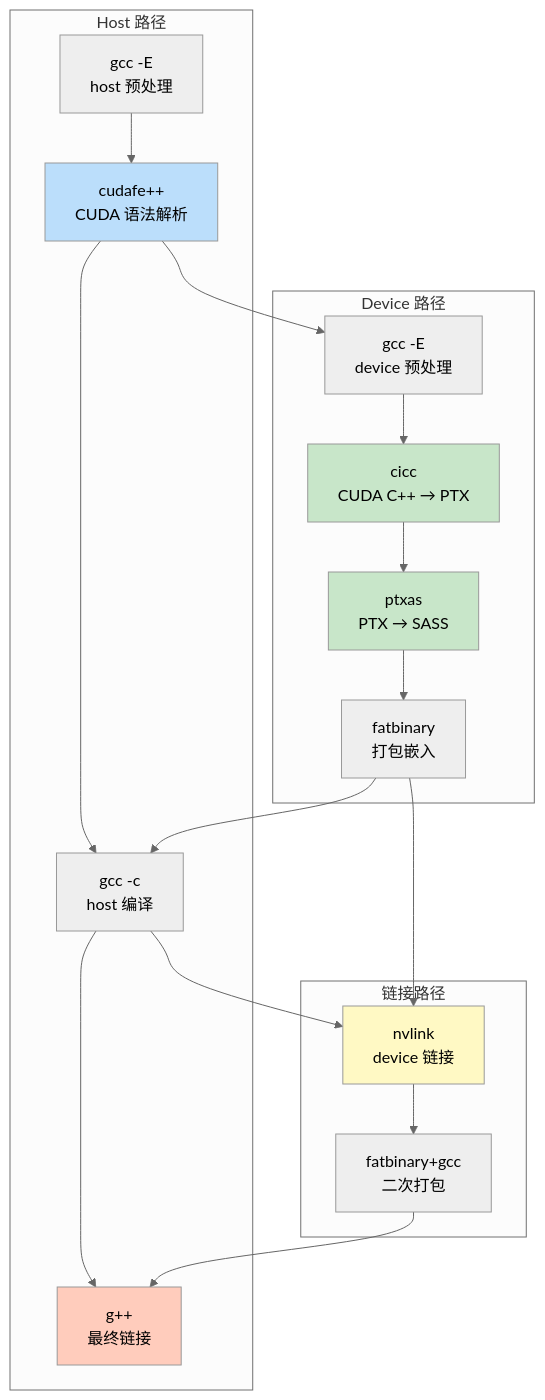
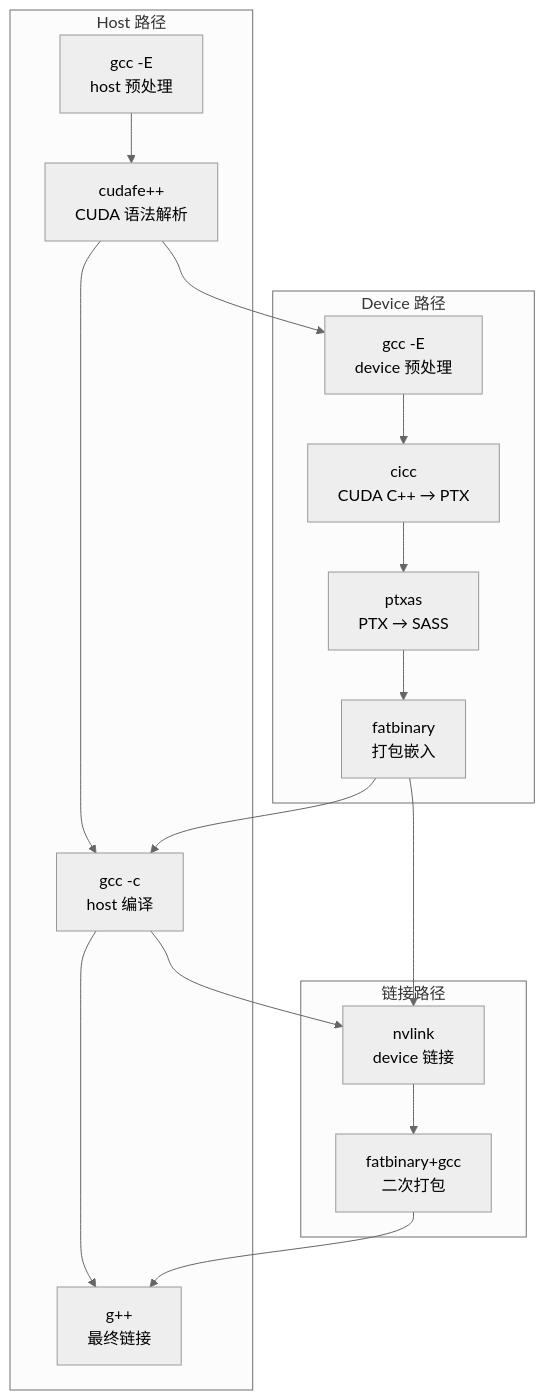
The diagram in source/_static/compilation_journey.mmd (noisystreet/deep_dive_into_cuda), drawn with Mermaid (neutral theme) before and after one commit. The commit also changed 26 other files, not shown here.

First line of the commit message:
Mermaid 图统一黑白样式：去除节点彩色色块

```diff
--- a/source/_static/compilation_journey.mmd
+++ b/source/_static/compilation_journey.mmd
@@ -1,20 +1,15 @@
 flowchart TB
     subgraph HostPath["Host 路径"]
         H1["gcc -E<br/>host 预处理"] --> H2["cudafe++<br/>CUDA 语法解析"] --> H3["gcc -c<br/>host 编译"] --> H4["g++<br/>最终链接"]
     end
     subgraph DevicePath["Device 路径"]
         D1["gcc -E<br/>device 预处理"] --> D2["cicc<br/>CUDA C++ → PTX"] --> D3["ptxas<br/>PTX → SASS"] --> D4["fatbinary<br/>打包嵌入"]
     end
     subgraph LinkPath["链接路径"]
         L1["nvlink<br/>device 链接"] --> L2["fatbinary+gcc<br/>二次打包"]
     end
     H2 --> D1
     D4 --> H3
     H3 --> L1
     D4 --> L1
     L2 --> H4
-    style H2 fill:#bbdefb
-    style D2 fill:#c8e6c9
-    style D3 fill:#c8e6c9
-    style L1 fill:#fff9c4
-    style H4 fill:#ffccbc
```
